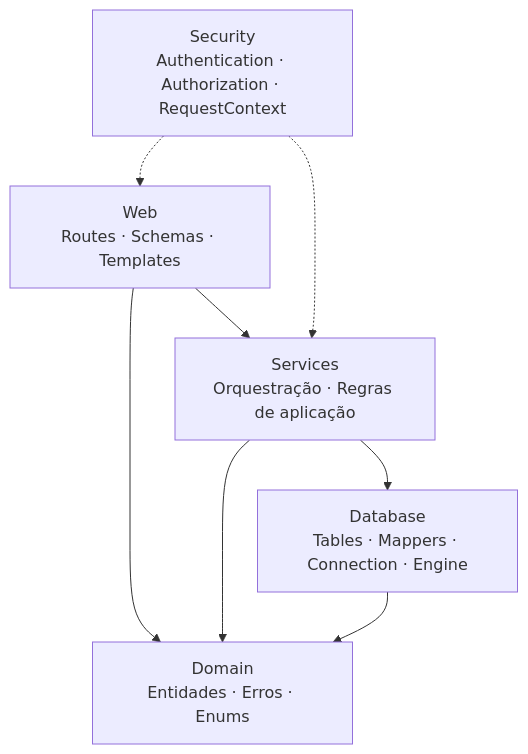
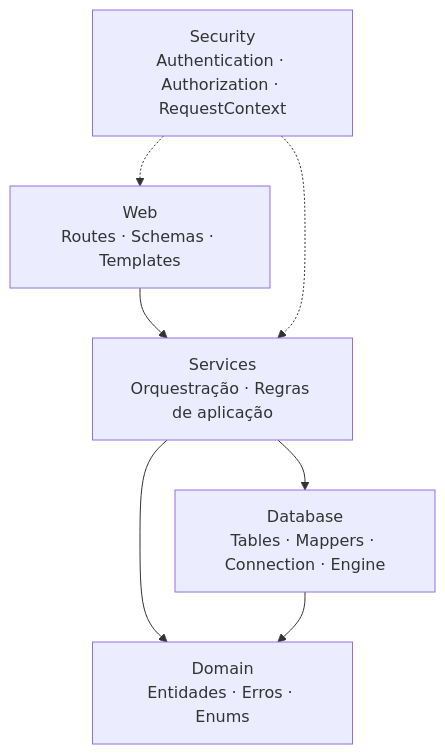
The diagram in README.md (j0ng4b/recma-showcase), drawn with Mermaid before and after one commit.

Commit message:
Update README
Removed outdated project details and added current project status and future plans.

````diff
--- a/README.md
+++ b/README.md
@@ -90,19 +90,16 @@
 ```mermaid
 graph TD
     Web["Web<br/>Routes · Schemas · Templates"]
     Services["Services<br/>Orquestração · Regras de aplicação"]
     Domain["Domain<br/>Entidades · Erros · Enums"]
     DB["Database<br/>Tables · Mappers · Connection · Engine"]
     Security["Security<br/>Authentication · Authorization · RequestContext"]
 
     Web --> Services
-    Web --> Domain
-
     Services --> Domain
     Services --> DB
-
     DB --> Domain
 
     Security -.-> Web
     Security -.-> Services
 ```
````
